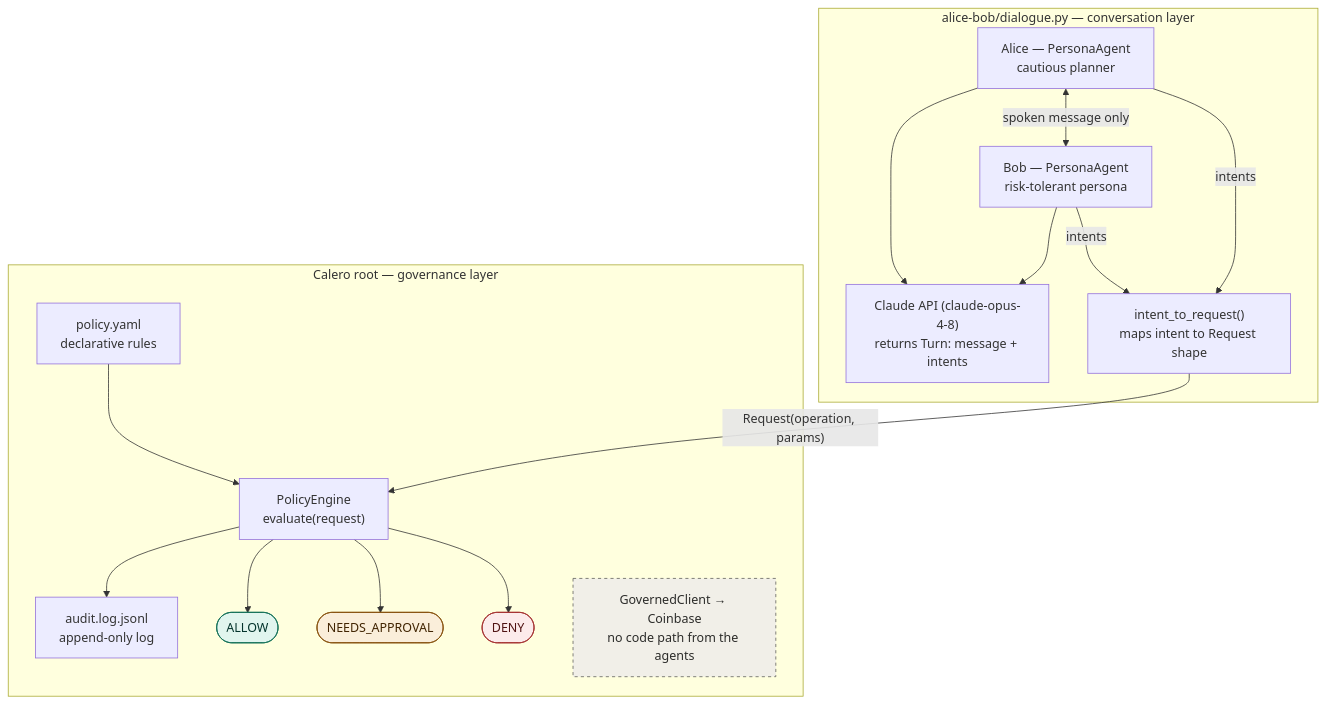
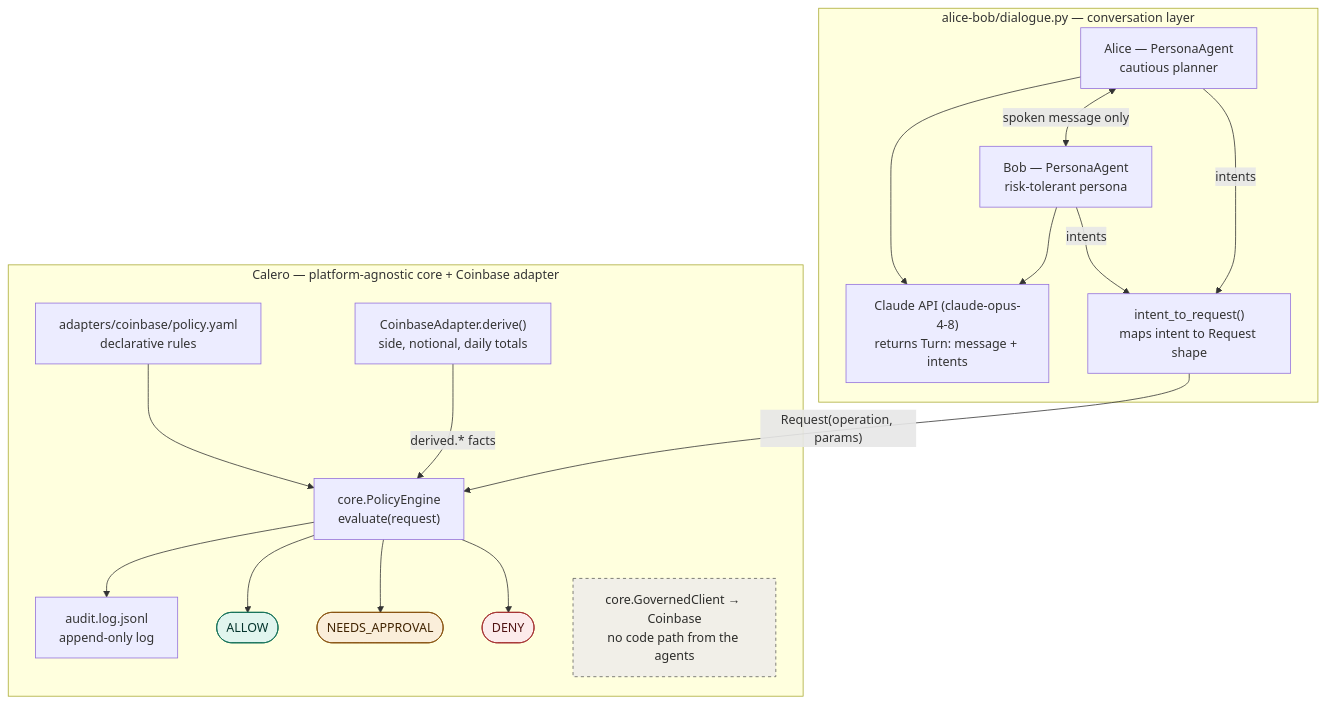
The diagram in alice-bob/README.md (0xAlmadenCapMgmt/Calero), drawn with Mermaid before and after one commit. The commit also changed other lines of this file and 1 other file, not shown here.

Commit message:
docs: add core+adapters architecture diagram, refresh alice-bob map
Add a top-level Mermaid diagram to the root README showing the request flow
through the platform-agnostic core with the pluggable Adapter (Coinbase /
payments / NullAdapter). Update the alice-bob diagram's labels to the new
core/ + adapters/coinbase/ paths (CoinbaseAdapter now supplies derived.* facts).

````diff
--- a/alice-bob/README.md
+++ b/alice-bob/README.md
@@ -35,40 +35,42 @@
 ```mermaid
 flowchart TB
     subgraph CONV["alice-bob/dialogue.py — conversation layer"]
         CLAUDE["Claude API (claude-opus-4-8)<br/>returns Turn: message + intents"]
         ALICE["Alice — PersonaAgent<br/>cautious planner"]
         BOB["Bob — PersonaAgent<br/>risk-tolerant persona"]
         MAP["intent_to_request()<br/>maps intent to Request shape"]
         ALICE --> CLAUDE
         BOB --> CLAUDE
         ALICE <-->|"spoken message only"| BOB
         ALICE -- intents --> MAP
         BOB -- intents --> MAP
     end
 
-    subgraph GOV["Calero root — governance layer"]
-        POLICY["policy.yaml<br/>declarative rules"]
-        ENGINE["PolicyEngine<br/>evaluate(request)"]
+    subgraph GOV["Calero — platform-agnostic core + Coinbase adapter"]
+        POLICY["adapters/coinbase/policy.yaml<br/>declarative rules"]
+        ADAPTER["CoinbaseAdapter.derive()<br/>side, notional, daily totals"]
+        ENGINE["core.PolicyEngine<br/>evaluate(request)"]
         AUDIT["audit.log.jsonl<br/>append-only log"]
         ALLOW(["ALLOW"])
         NEEDS(["NEEDS_APPROVAL"])
         DENY(["DENY"])
-        EXEC["GovernedClient → Coinbase<br/>no code path from the agents"]
+        EXEC["core.GovernedClient → Coinbase<br/>no code path from the agents"]
         POLICY --> ENGINE
+        ADAPTER -- "derived.* facts" --> ENGINE
         ENGINE --> AUDIT
         ENGINE --> ALLOW
         ENGINE --> NEEDS
         ENGINE --> DENY
     end
 
     MAP -- "Request(operation, params)" --> ENGINE
 
     classDef verdictAllow fill:#E1F5EE,stroke:#0F6E56,color:#04342C
     classDef verdictNeeds fill:#FAEEDA,stroke:#854F0B,color:#412402
     classDef verdictDeny fill:#FCEBEB,stroke:#A32D2D,color:#501313
     classDef isolated fill:#F1EFE8,stroke:#5F5E5A,color:#2C2C2A,stroke-dasharray: 4 4
     class ALLOW verdictAllow
     class NEEDS verdictNeeds
     class DENY verdictDeny
     class EXEC isolated
 ```
````
